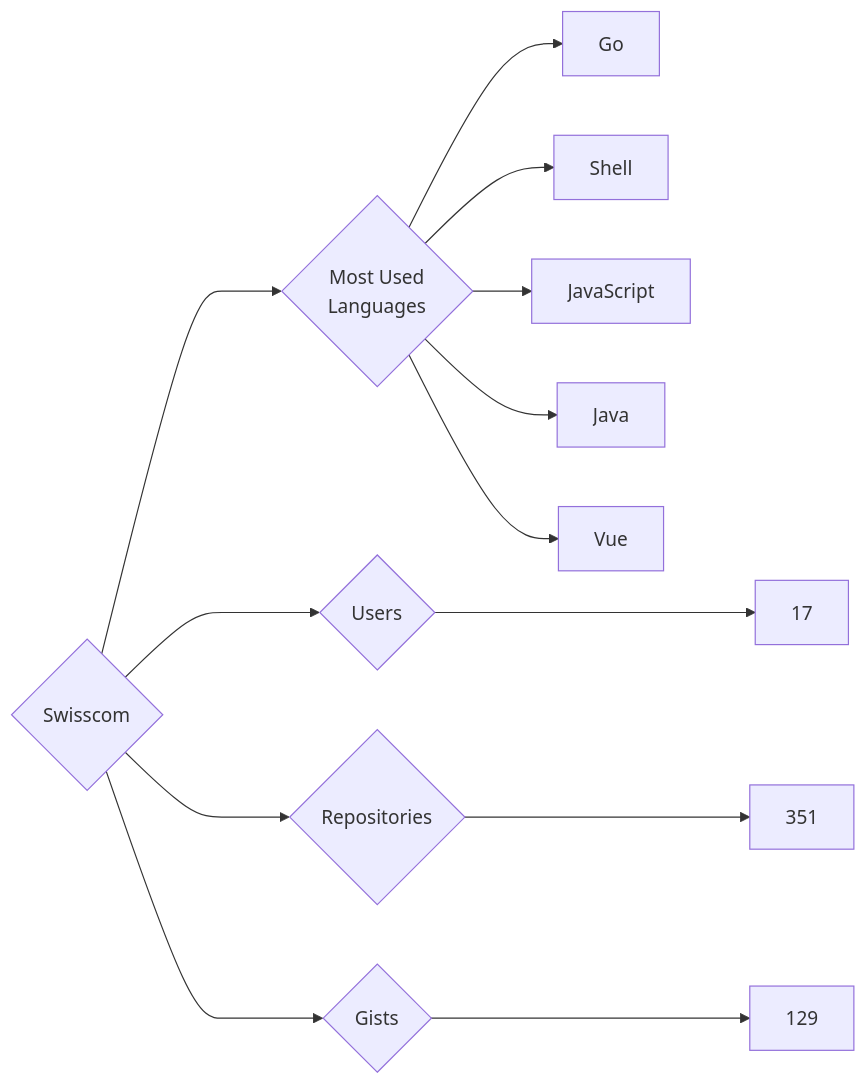
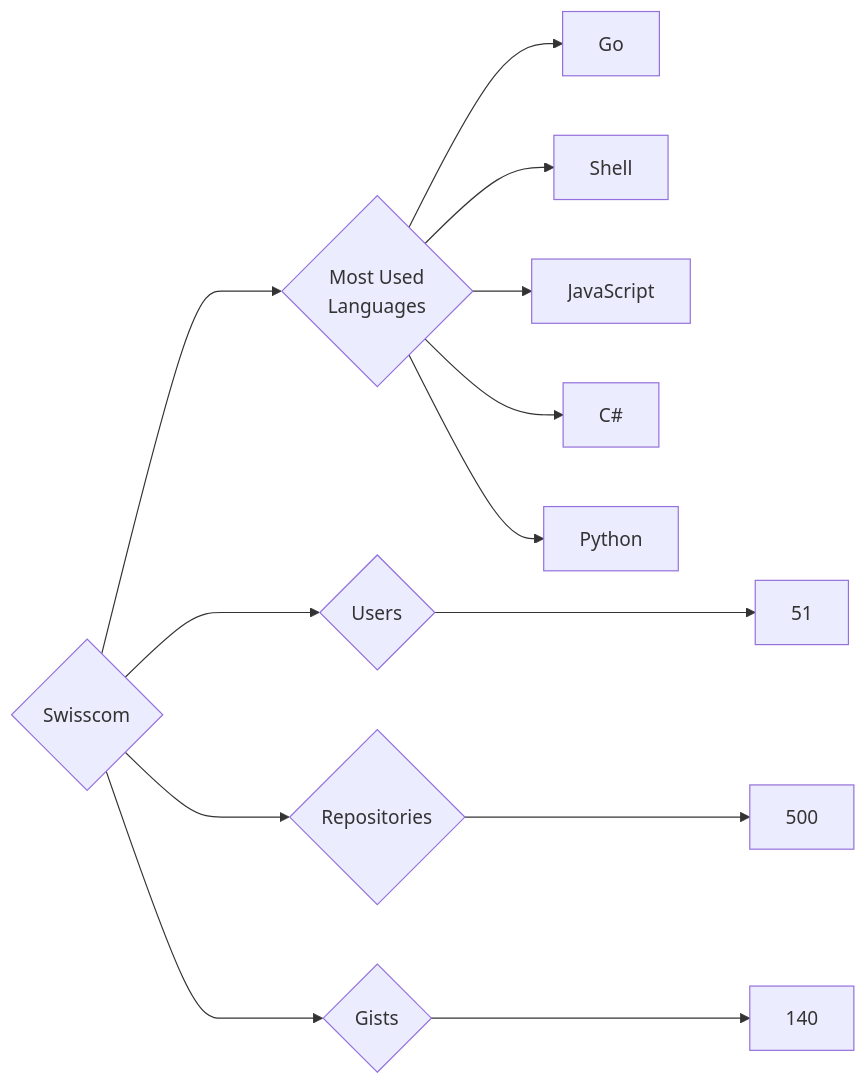
One commit to trickest/insiders changed the diagram in targets/Swisscom/README.md. Above: the diagram before and after it, drawn with Mermaid. The commit also changed 903 other files, not shown here.

````diff
--- a/targets/Swisscom/README.md
+++ b/targets/Swisscom/README.md
@@ -3,13 +3,13 @@
 ```mermaid
 graph LR
 COMPANY_NAME{Swisscom}
-COMPANY_NAME ---> U{Users} ---> UN[17]
-COMPANY_NAME ---> R{Repositories} ---> RN[351]
-COMPANY_NAME ---> G{Gists} ---> GN[129]
+COMPANY_NAME ---> U{Users} ---> UN[51]
+COMPANY_NAME ---> R{Repositories} ---> RN[500]
+COMPANY_NAME ---> G{Gists} ---> GN[140]
 COMPANY_NAME ---> ML{Most Used<br>Languages}
 ML --> Go[Go]
 ML --> Shell[Shell]
 ML --> JavaScript[JavaScript]
-ML --> Java[Java]
-ML --> Vue[Vue]
+ML --> C#[C#]
+ML --> Python[Python]
 ```
````
